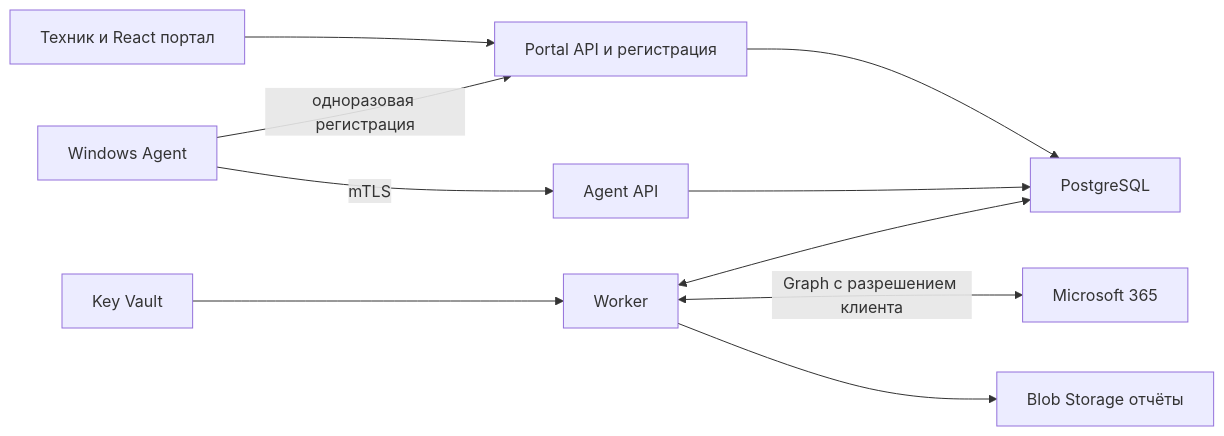
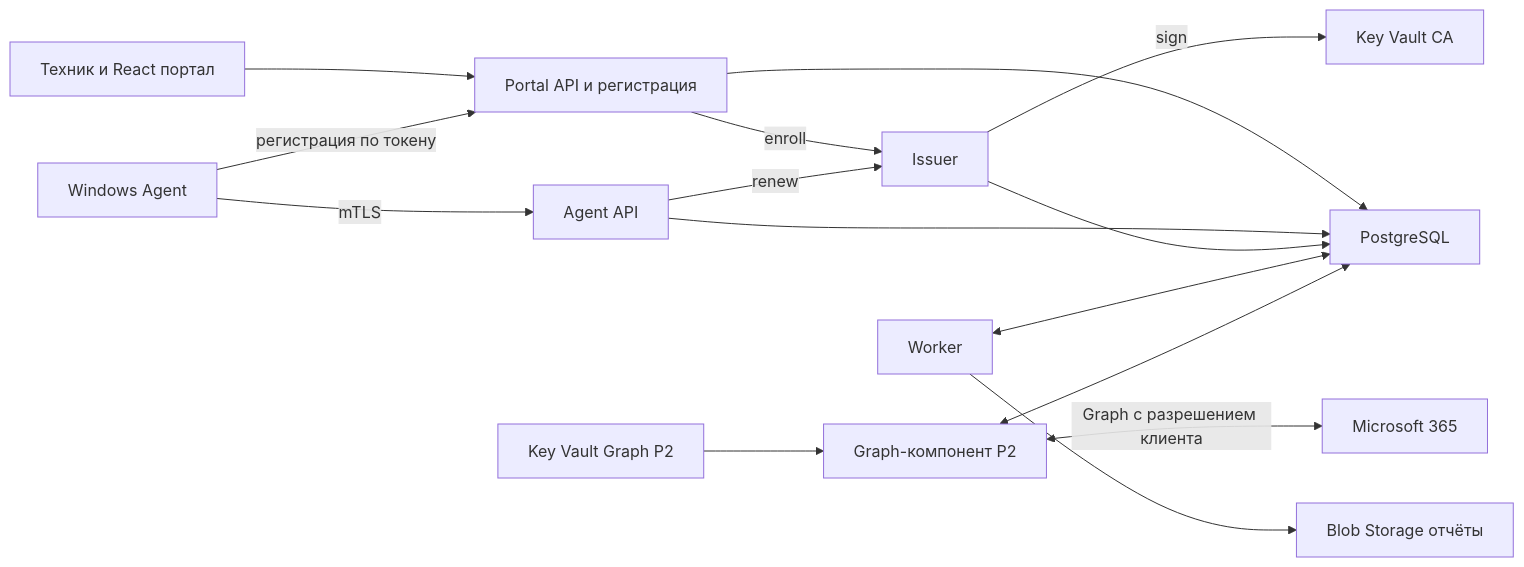
The diagram in development-package/02-architecture-and-stack.md (Oleksandr-Kliuiev/sikkerheit), drawn with Mermaid before and after one commit. The commit also changed other lines of this file and 2 other files, not shown here.

Commit message:
0.2.0: group (d) — product scope, architecture and risks

````diff
--- a/development-package/02-architecture-and-stack.md
+++ b/development-package/02-architecture-and-stack.md
@@ -5,12 +5,17 @@
 ```mermaid
 flowchart LR
     U["Техник и React портал"] --> P["Portal API и регистрация"]
     A["Windows Agent"] -->|"mTLS"| I["Agent API"]
-    A -->|"одноразовая регистрация"| P
+    A -->|"регистрация по токену"| P
+    P -->|"enroll"| S["Issuer"]
+    I -->|"renew"| S
+    S -->|"sign"| KC["Key Vault CA"]
     P --> D["PostgreSQL"]
     I --> D
+    S --> D
     W["Worker"] <--> D
-    W <-->|"Graph с разрешением клиента"| M["Microsoft 365"]
     W --> B["Blob Storage отчёты"]
-    K["Key Vault"] --> W
+    G["Graph-компонент P2"] <--> D
+    G <-->|"Graph с разрешением клиента"| M["Microsoft 365"]
+    KG["Key Vault Graph P2"] --> G
 ```
````
